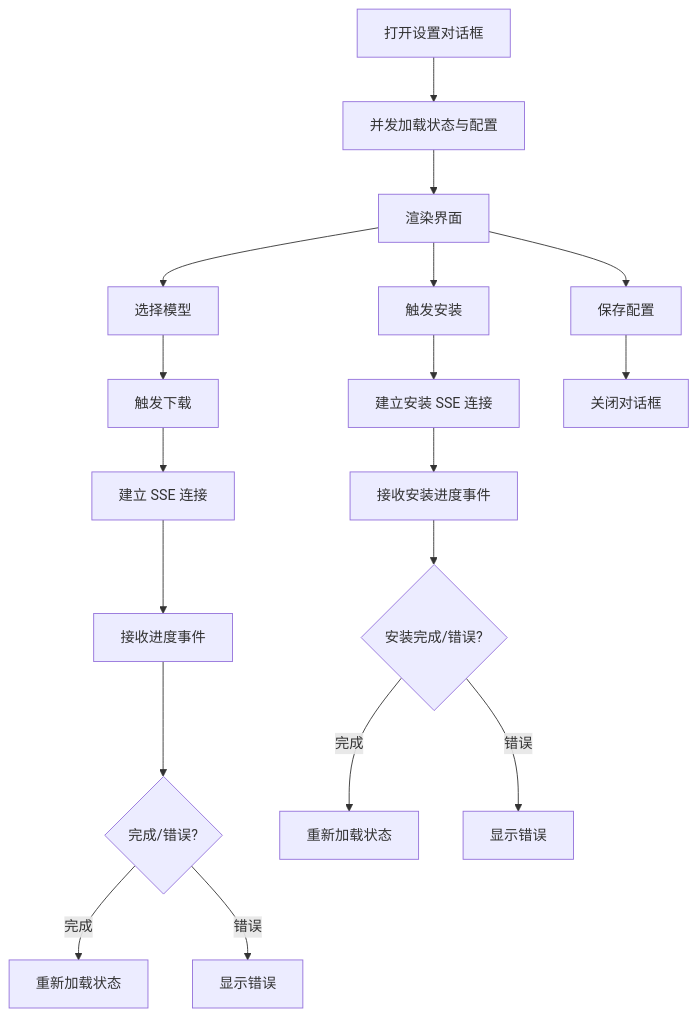
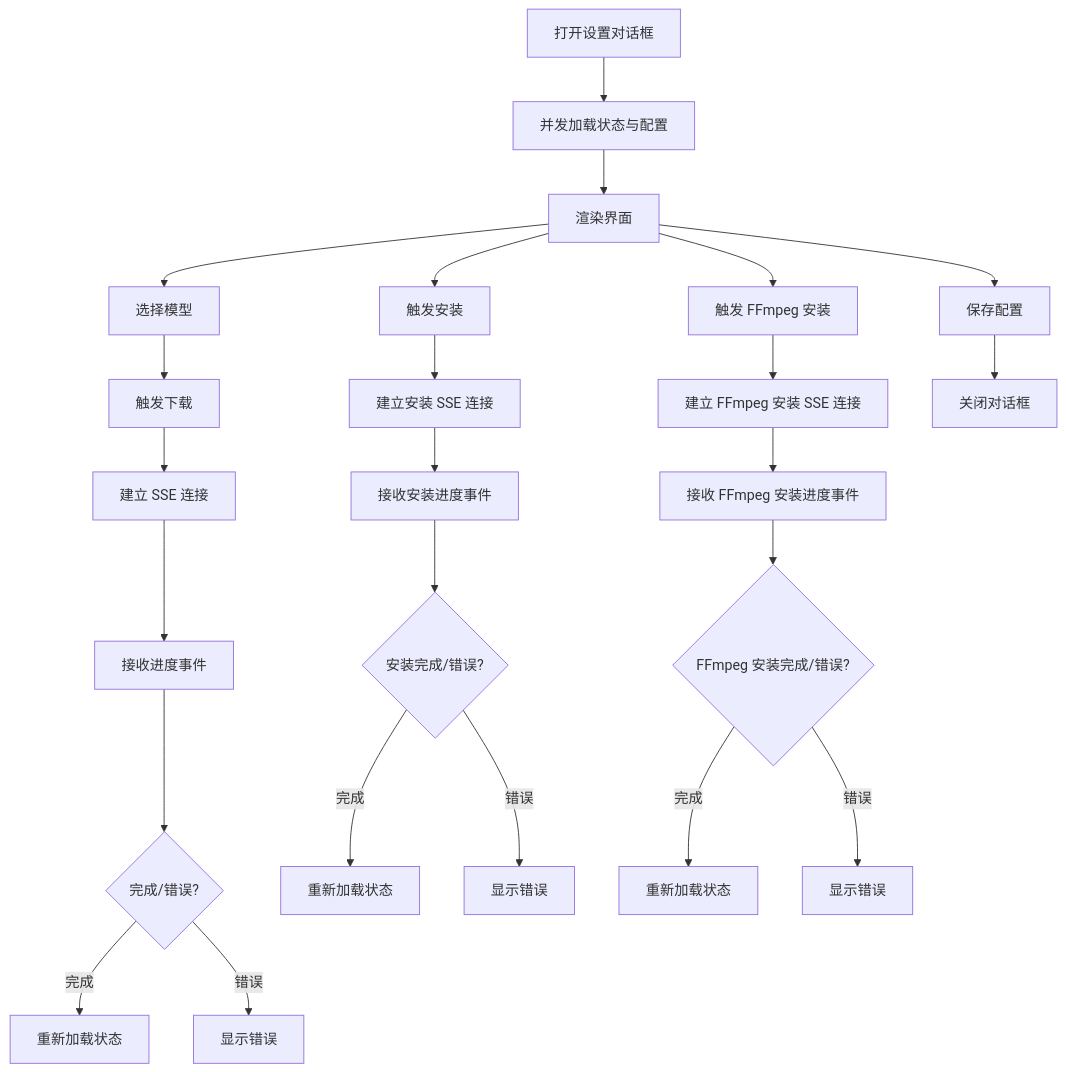
Before and after one commit to clawbotai/memo-flow: diagram 11 of 12 in .qoder/repowiki/zh/content/核心功能模块/Whisper 配置管理.md, drawn with Mermaid. The commit also changed other lines of this file and 5 other files, not shown here.

````diff
--- a/.qoder/repowiki/zh/content/核心功能模块/Whisper 配置管理.md
+++ b/.qoder/repowiki/zh/content/核心功能模块/Whisper 配置管理.md
@@ -446,20 +519,26 @@
 ```mermaid
 flowchart TD
 Open["打开设置对话框"] --> Load["并发加载状态与配置"]
 Load --> Ready["渲染界面"]
 Ready --> SelectModel["选择模型"]
 SelectModel --> Download["触发下载"]
 Download --> SSE["建立 SSE 连接"]
 SSE --> Progress["接收进度事件"]
 Progress --> Completed{"完成/错误?"}
 Completed --> |完成| Reload["重新加载状态"]
 Completed --> |错误| ShowError["显示错误"]
 Ready --> Install["触发安装"]
 Install --> InstallSSE["建立安装 SSE 连接"]
 InstallSSE --> InstallProgress["接收安装进度事件"]
 InstallProgress --> InstallCompleted{"安装完成/错误?"}
 InstallCompleted --> |完成| InstallReload["重新加载状态"]
 InstallCompleted --> |错误| InstallShowError["显示错误"]
+Ready --> FfmpegInstall["触发 FFmpeg 安装"]
+FfmpegInstall --> FfmpegInstallSSE["建立 FFmpeg 安装 SSE 连接"]
+FfmpegInstallSSE --> FfmpegInstallProgress["接收 FFmpeg 安装进度事件"]
+FfmpegInstallProgress --> FfmpegInstallCompleted{"FFmpeg 安装完成/错误?"}
+FfmpegInstallCompleted --> |完成| FfmpegInstallReload["重新加载状态"]
+FfmpegInstallCompleted --> |错误| FfmpegInstallShowError["显示错误"]
 Ready --> Save["保存配置"]
 Save --> Done["关闭对话框"]
 ```
````
